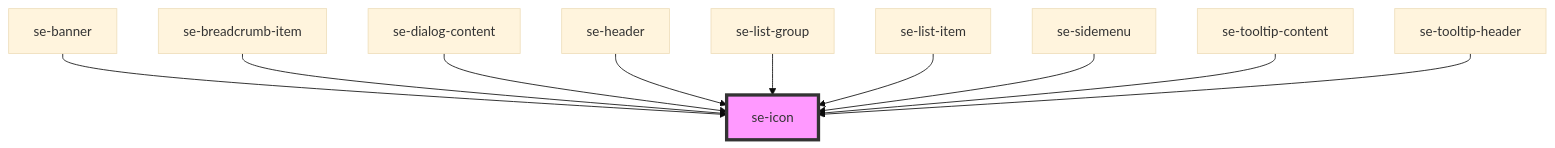
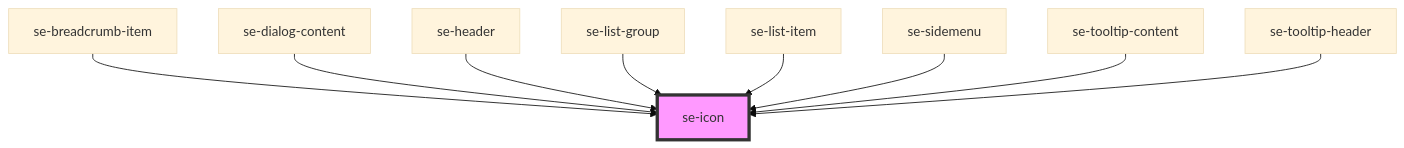
One commit to robbiemcmullense/se-web-ui changed the diagram in src-core/src/components/icon/readme.md. Above: the diagram before and after it, drawn with Mermaid (base theme). The commit also changed other lines of this file and 7 other files, not shown here.

````diff
--- a/src-core/src/components/icon/readme.md
+++ b/src-core/src/components/icon/readme.md
@@ -32,13 +31,12 @@
 ```mermaid
 graph TD;
-  se-banner --> se-icon
   se-breadcrumb-item --> se-icon
   se-dialog-content --> se-icon
   se-header --> se-icon
   se-list-group --> se-icon
   se-list-item --> se-icon
   se-sidemenu --> se-icon
   se-tooltip-content --> se-icon
   se-tooltip-header --> se-icon
   style se-icon fill:#f9f,stroke:#333,stroke-width:4px
 ```
````
